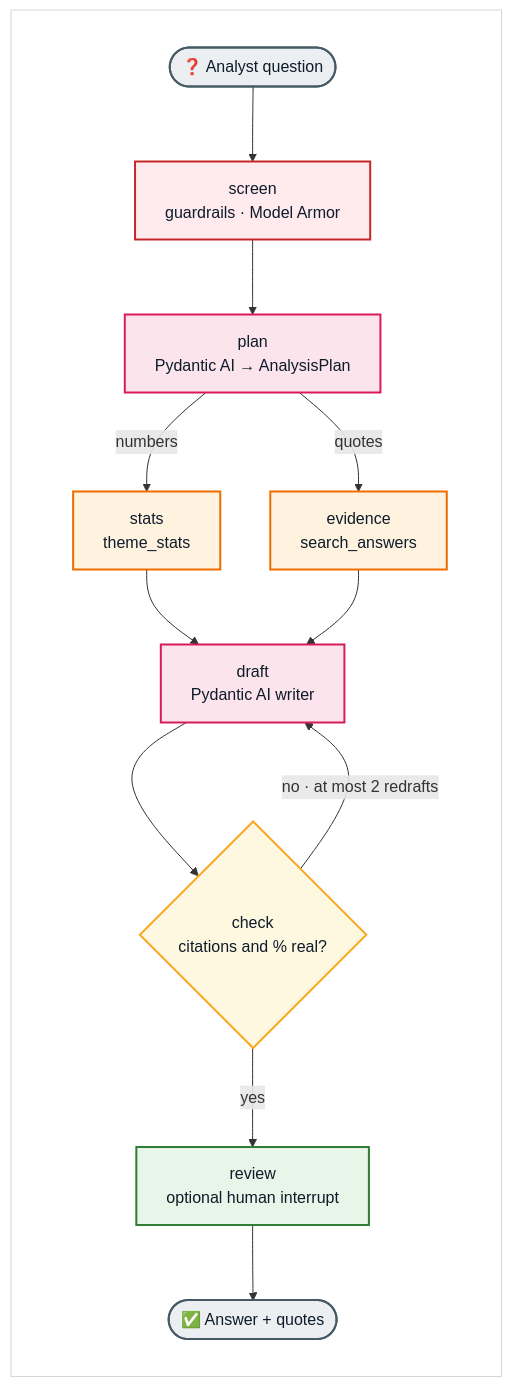
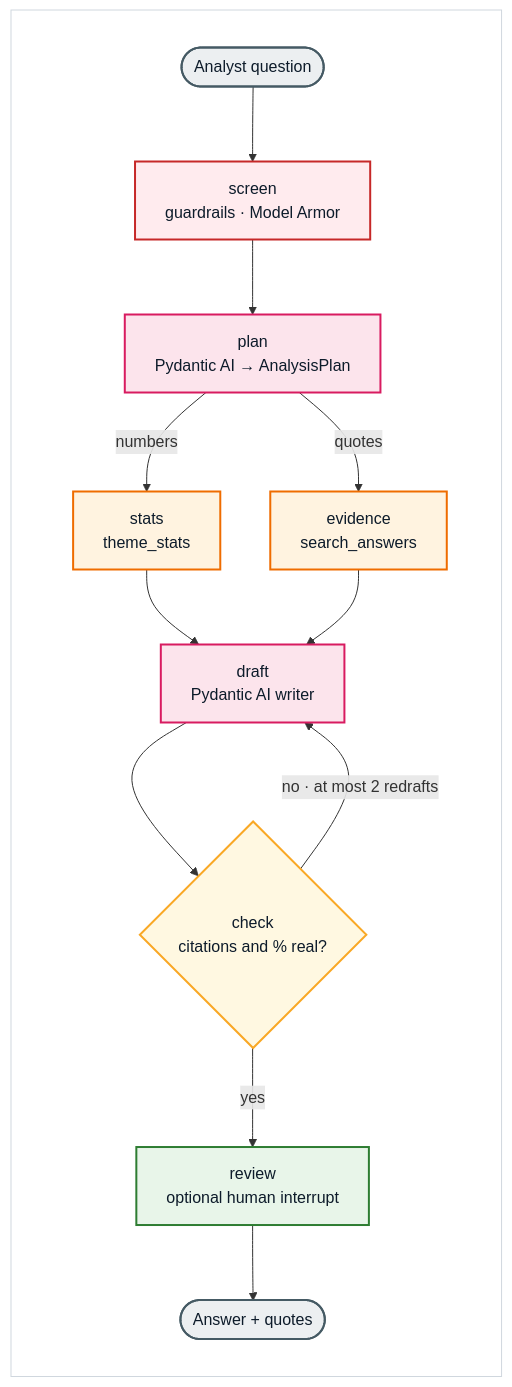
One commit to ryan-backer-ds/agentic-verbatim-coding changed the fourth of 7 diagrams in README.md. Above: the diagram before and after it, drawn with Mermaid. The commit also changed other lines of this file and 1 other file, not shown here.

````diff
--- a/README.md
+++ b/README.md
@@ -294,31 +294,31 @@
 ```mermaid
 %%{init: {'theme': 'default'}}%%
 flowchart TD
     subgraph FRAME[" "]
         direction TD
-        Q(["❓ Analyst question"]) --> SCREEN["screen<br/>guardrails · Model Armor"]
+        Q(["Analyst question"]) --> SCREEN["screen<br/>guardrails · Model Armor"]
         SCREEN --> PLAN["plan<br/>Pydantic AI → AnalysisPlan"]
         PLAN -- "numbers" --> STATS["stats<br/>theme_stats"]
         PLAN -- "quotes" --> EVID["evidence<br/>search_answers"]
         STATS --> DRAFT["draft<br/>Pydantic AI writer"]
         EVID --> DRAFT
         DRAFT --> CHECK{"check<br/>citations and % real?"}
         CHECK -- "no · at most 2 redrafts" --> DRAFT
         CHECK -- "yes" --> REVIEW["review<br/>optional human interrupt"]
-        REVIEW --> A(["✅ Answer + quotes"])
+        REVIEW --> A(["Answer + quotes"])
     end
 
     classDef io fill:#ECEFF1,stroke:#455A64,stroke-width:2px,color:#0D1B2A
     classDef guard fill:#FFEBEE,stroke:#C62828,stroke-width:2px,color:#0D1B2A
     classDef llm fill:#FCE4EC,stroke:#D81B60,stroke-width:2px,color:#0D1B2A
     classDef tool fill:#FFF3E0,stroke:#EF6C00,stroke-width:2px,color:#0D1B2A
     classDef decide fill:#FFF8E1,stroke:#F9A825,stroke-width:2px,color:#0D1B2A
     classDef human fill:#E8F5E9,stroke:#2E7D32,stroke-width:2px,color:#0D1B2A
     class Q,A io
     class SCREEN guard
     class PLAN,DRAFT llm
     class STATS,EVID tool
     class CHECK decide
     class REVIEW human
     style FRAME fill:#FFFFFF,stroke:#D0D7DE,stroke-width:1px,color:#FFFFFF
 ```
````
